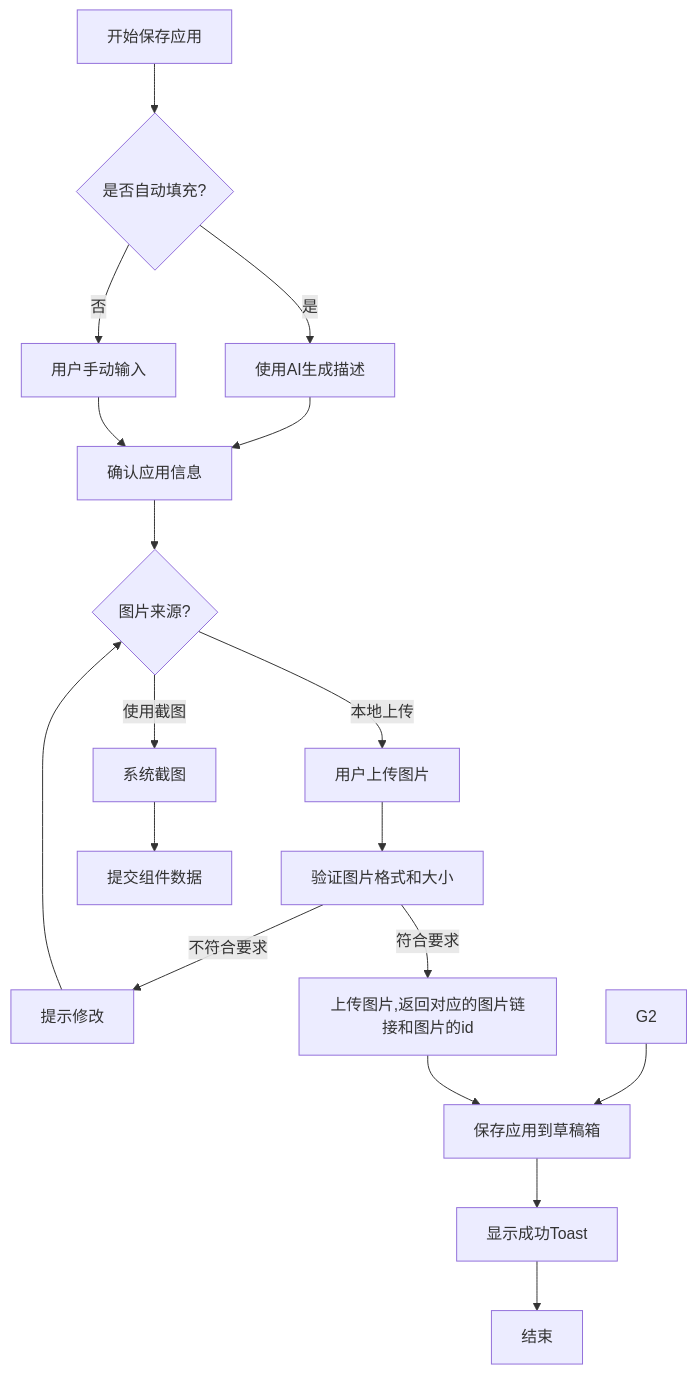
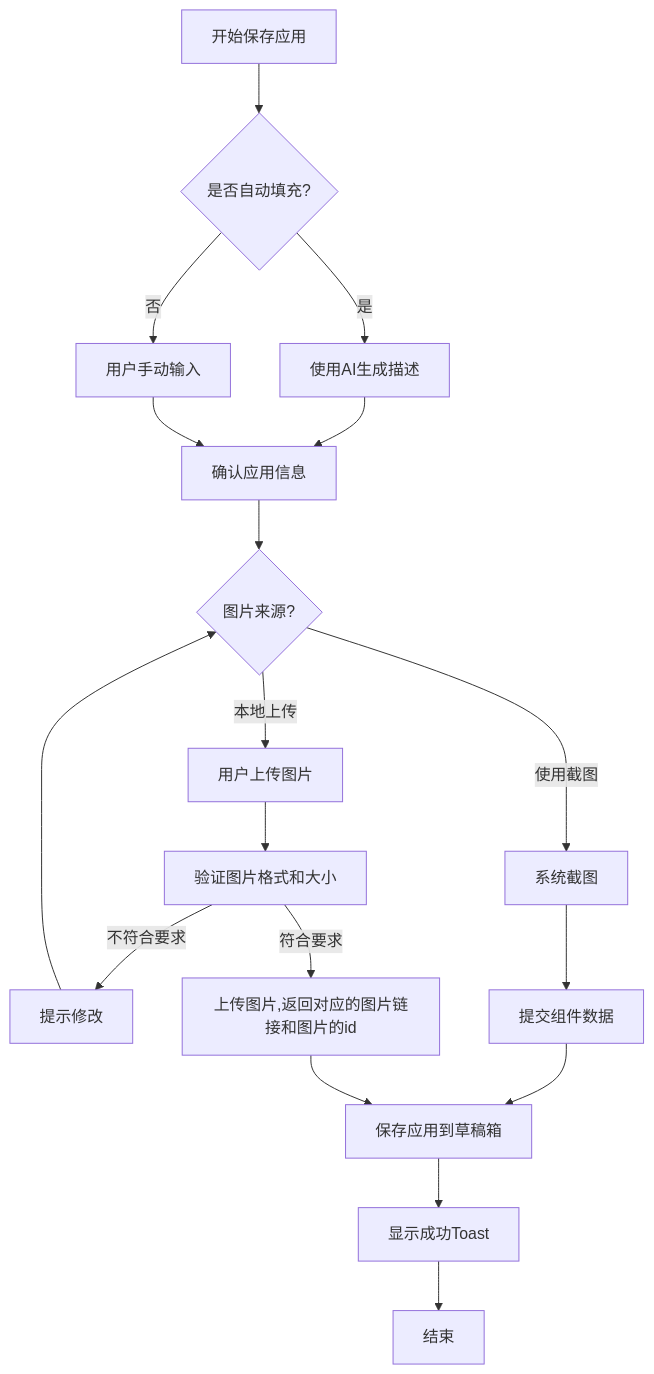
Before and after one commit to yingjianzh/iodraw-files: the diagram in all/未命名-66.md, drawn with Mermaid.

Commit message:
2025-05-27 11:22:31 update

````diff
--- a/all/未命名-66.md
+++ b/all/未命名-66.md
@@ -1,22 +1,22 @@
 ```mermaid
 flowchart TD
     A[开始保存应用] --> B{是否自动填充?}
     B -->|是| C[使用AI生成描述]
     B -->|否| D[用户手动输入]
     C --> E[确认应用信息]
     D --> E
     E --> F{图片来源?}
     F -->|使用截图| G[系统截图]
     F -->|本地上传| H[用户上传图片]
     H --> I[验证图片格式和大小]
     I -->|不符合要求| J[提示修改]
     J --> F
     I -->|符合要求| K1[上传图片,返回对应的图片链接和图片的id]
 
     G --> N[提交组件数据]
-    
-    G2 --> K[保存应用到草稿箱]
+
+    N --> K[保存应用到草稿箱]
     K1 --> K
     K --> L[显示成功Toast]
     L --> M[结束]
 ```
````
